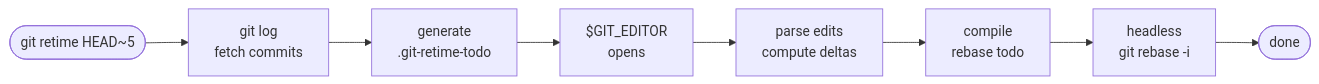
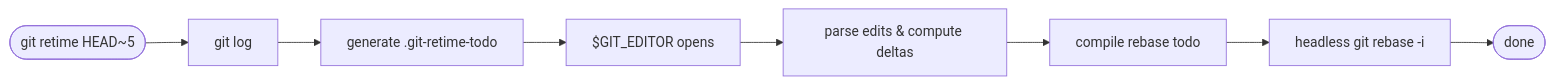
One commit to erfnzdeh/git-retime changed the diagram in README.md. Above: the diagram before and after it, drawn with Mermaid.

Commit message:
refine flowchart in README to improve clarity of git retime process by updating labels and formatting

````diff
--- a/README.md
+++ b/README.md
@@ -98,10 +98,10 @@
 ```mermaid
 flowchart LR
-    A([git retime HEAD~5]) --> B[git log\nfetch commits]
-    B --> C[generate\n.git-retime-todo]
-    C --> D[$GIT_EDITOR\nopens]
-    D --> E[parse edits\ncompute deltas]
-    E --> F[compile\nrebase todo]
-    F --> G[headless\ngit rebase -i]
+    A([git retime HEAD~5]) --> B["git log"]
+    B --> C["generate .git-retime-todo"]
+    C --> D["$GIT_EDITOR opens"]
+    D --> E["parse edits & compute deltas"]
+    E --> F["compile rebase todo"]
+    F --> G["headless git rebase -i"]
     G --> H([done])
 ```
````
